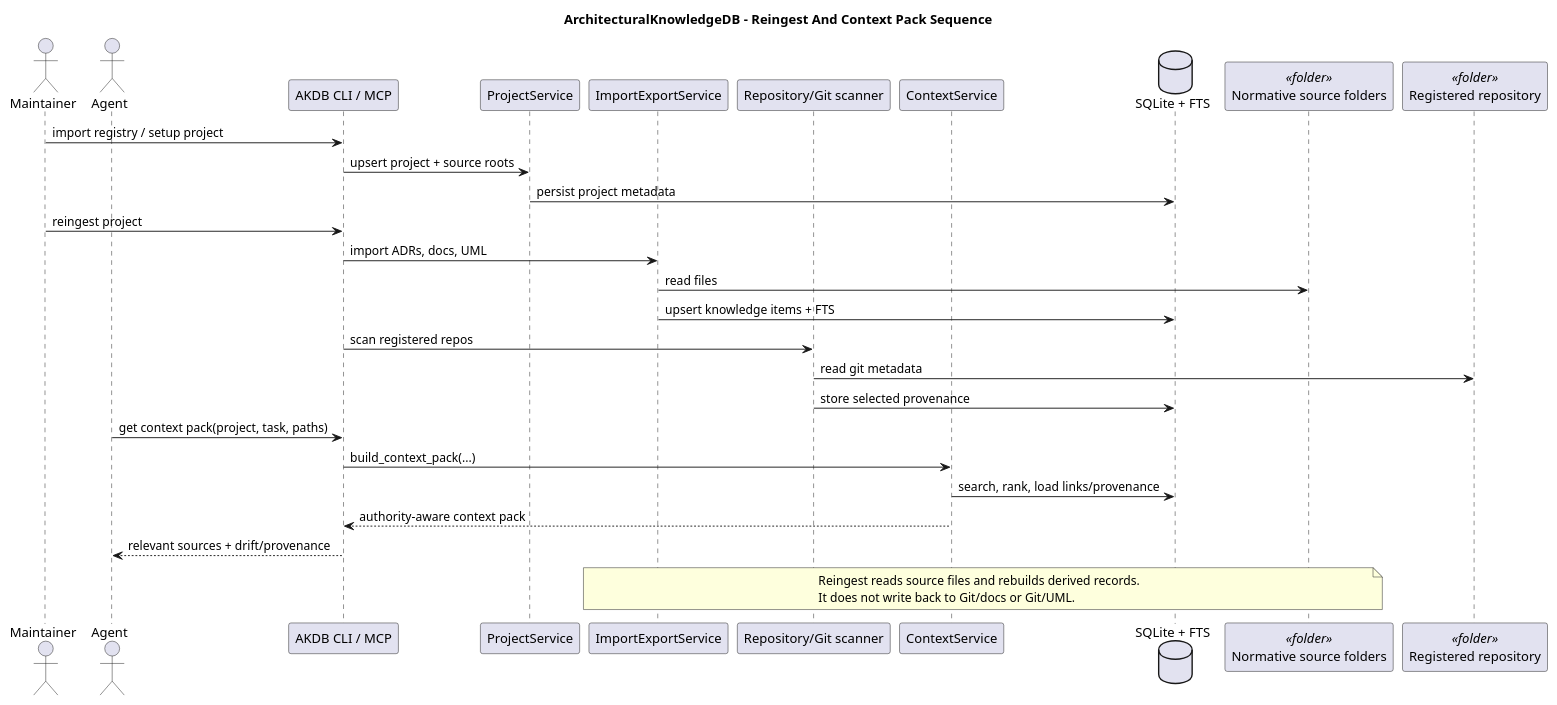
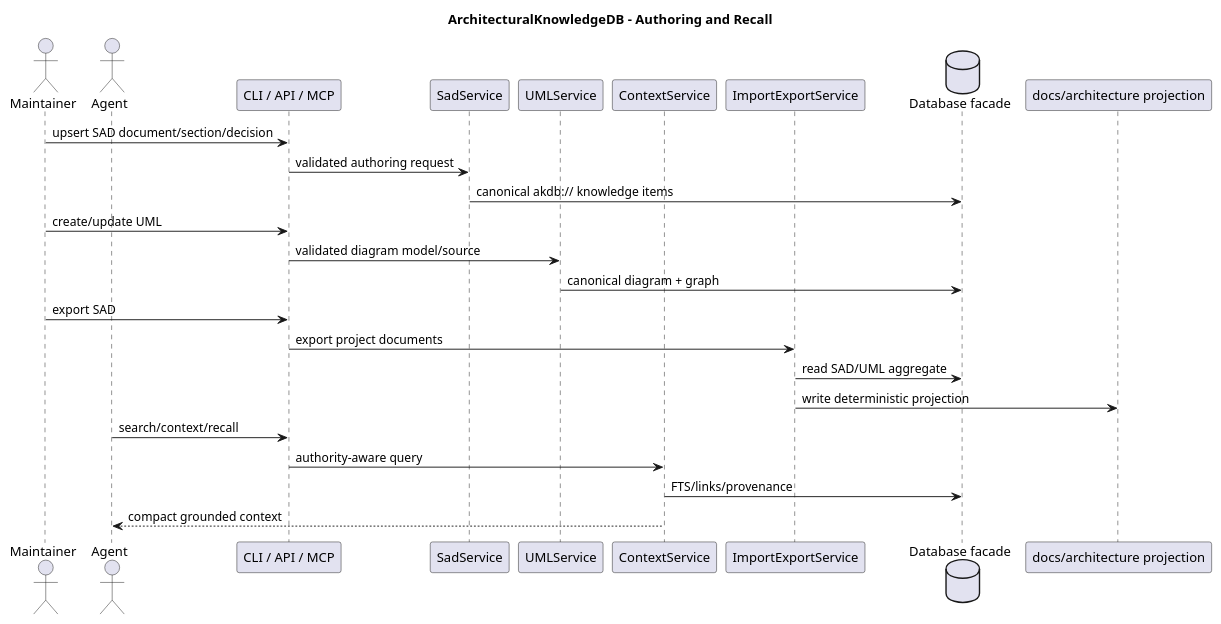
One commit to Held0fTheWelt/ArchitecturalKnowledgeDB changed the diagram in docs/architecture/UML/sequence/architectural-knowledge-db-primary-sequence.puml. Above: the diagram before and after it, drawn with PlantUML. The commit also changed 59 other files, not shown here.

Commit message:
feat: add DB-native SAD and UML authoring

```diff
--- a/docs/architecture/UML/sequence/architectural-knowledge-db-primary-sequence.puml
+++ b/docs/architecture/UML/sequence/architectural-knowledge-db-primary-sequence.puml
@@ -1,38 +1,26 @@
-@startuml architecturalknowledgedb-primary-sequence
-title ArchitecturalKnowledgeDB - Reingest And Context Pack Sequence
-
+@startuml akdb-primary-sequence
+title ArchitecturalKnowledgeDB - Authoring and Recall
 actor Maintainer
 actor Agent
-participant "AKDB CLI / MCP" as Client
-participant "ProjectService" as Projects
-participant "ImportExportService" as Importer
-participant "Repository/Git scanner" as Git
-participant "ContextService" as Context
-database "SQLite + FTS" as DB
-participant "Normative source folders" as Sources <<folder>>
-participant "Registered repository" as Repo <<folder>>
-
-Maintainer -> Client : import registry / setup project
-Client -> Projects : upsert project + source roots
-Projects -> DB : persist project metadata
-
-Maintainer -> Client : reingest project
-Client -> Importer : import ADRs, docs, UML
-Importer -> Sources : read files
-Importer -> DB : upsert knowledge items + FTS
-Client -> Git : scan registered repos
-Git -> Repo : read git metadata
-Git -> DB : store selected provenance
-
-Agent -> Client : get context pack(project, task, paths)
-Client -> Context : build_context_pack(...)
-Context -> DB : search, rank, load links/provenance
-Context --> Client : authority-aware context pack
-Client --> Agent : relevant sources + drift/provenance
-
-note over Importer,Sources
-  Reingest reads source files and rebuilds derived records.
-  It does not write back to Git/docs or Git/UML.
-end note
-
+participant "CLI / API / MCP" as Surface
+participant SadService
+participant UMLService
+participant ContextService
+participant ImportExportService as Exporter
+database "Database facade" as DB
+participant "docs/architecture projection" as Files
+Maintainer -> Surface : upsert SAD document/section/decision
+Surface -> SadService : validated authoring request
+SadService -> DB : canonical akdb:// knowledge items
+Maintainer -> Surface : create/update UML
+Surface -> UMLService : validated diagram model/source
+UMLService -> DB : canonical diagram + graph
+Maintainer -> Surface : export SAD
+Surface -> Exporter : export project documents
+Exporter -> DB : read SAD/UML aggregate
+Exporter -> Files : write deterministic projection
+Agent -> Surface : search/context/recall
+Surface -> ContextService : authority-aware query
+ContextService -> DB : FTS/links/provenance
+ContextService --> Agent : compact grounded context
 @enduml
```
